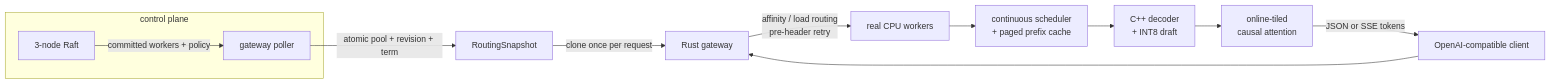
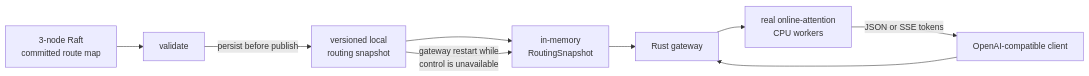
The diagram in README.md (conan505/inferLab), drawn with Mermaid before and after one commit. The commit also changed other lines of this file and 43 other files, not shown here.

Commit message:
v0.14 restart-safe routing snapshots

````diff
--- a/README.md
+++ b/README.md
@@ -14,14 +14,11 @@
 ```mermaid
 flowchart LR
-    subgraph Control["control plane"]
-        R["3-node Raft"] -->|"committed workers + policy"| P["gateway poller"]
-    end
-    P -->|"atomic pool + revision + term"| S["RoutingSnapshot"]
-    C["OpenAI-compatible client"] --> G["Rust gateway"]
-    S -->|"clone once per request"| G
-    G -->|"affinity / load routing<br/>pre-header retry"| W["real CPU workers"]
-    W --> Q["continuous scheduler<br/>+ paged prefix cache"]
-    Q --> M["C++ decoder<br/>+ INT8 draft"]
-    M --> A["online-tiled<br/>causal attention"]
-    A -->|"JSON or SSE tokens"| C
+    R["3-node Raft<br/>committed route map"] --> V["validate"]
+    V -->|"persist before publish"| D["versioned local<br/>routing snapshot"]
+    D --> S["in-memory<br/>RoutingSnapshot"]
+    D -->|"gateway restart while<br/>control is unavailable"| S
+    S --> G["Rust gateway"]
+    C["OpenAI-compatible client"] --> G
+    G --> W["real online-attention<br/>CPU workers"]
+    W -->|"JSON or SSE tokens"| C
 ```
````
